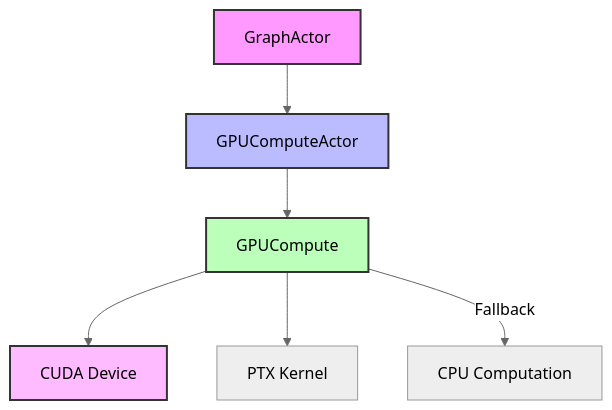
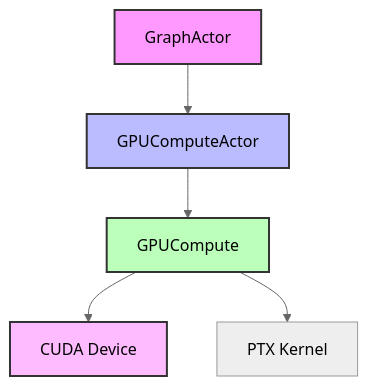
One commit to DreamLab-AI/VisionFlow changed the first of 2 diagrams in docs/server/gpu-compute.md. Above: the diagram before and after it, drawn with Mermaid (neutral theme). The commit also changed other lines of this file and 116 other files, not shown here.

````diff
--- a/docs/server/gpu-compute.md
+++ b/docs/server/gpu-compute.md
@@ -9,14 +9,12 @@
 ```mermaid
 graph TB
     GA[GraphActor] --> GPU[GPUComputeActor]
     GPU --> GC[GPUCompute]
     GC --> CUDA[CUDA Device]
     GC --> PTX[PTX Kernel]
     
-    GC --> |Fallback| CPU[CPU Computation]
-    
     style GA fill:#f9f,stroke:#333,stroke-width:2px
     style GPU fill:#bbf,stroke:#333,stroke-width:2px
     style GC fill:#bfb,stroke:#333,stroke-width:2px
     style CUDA fill:#fbf,stroke:#333,stroke-width:2px
 ```
````
